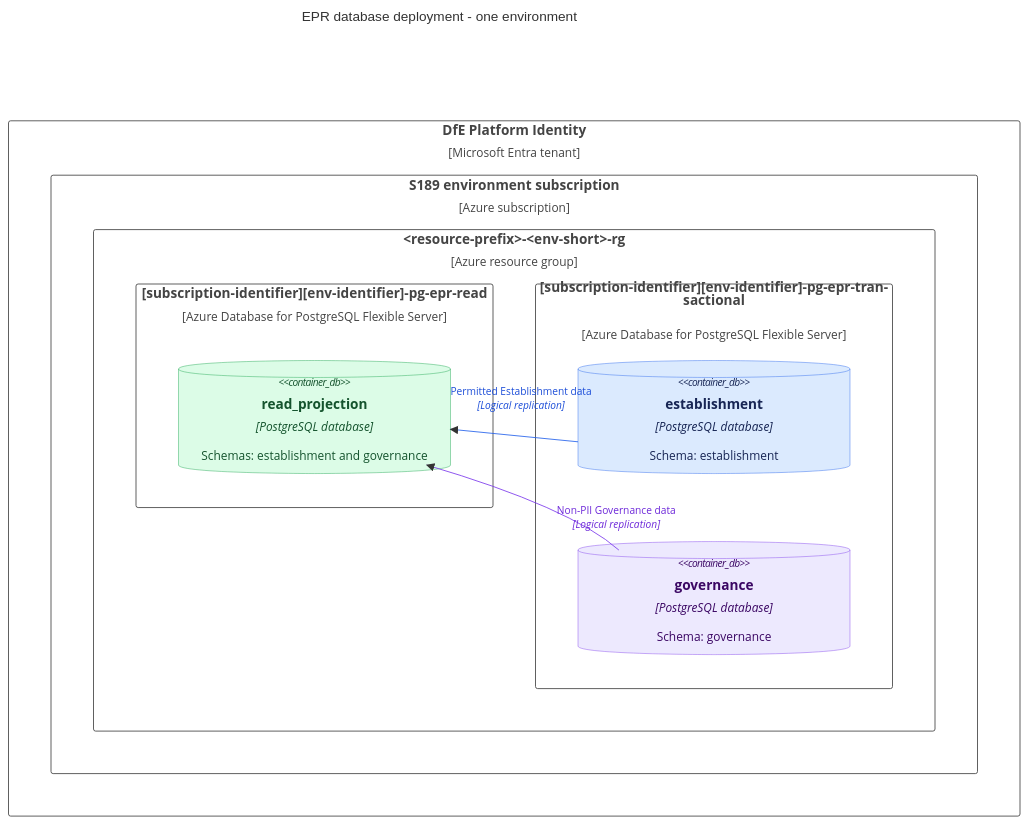
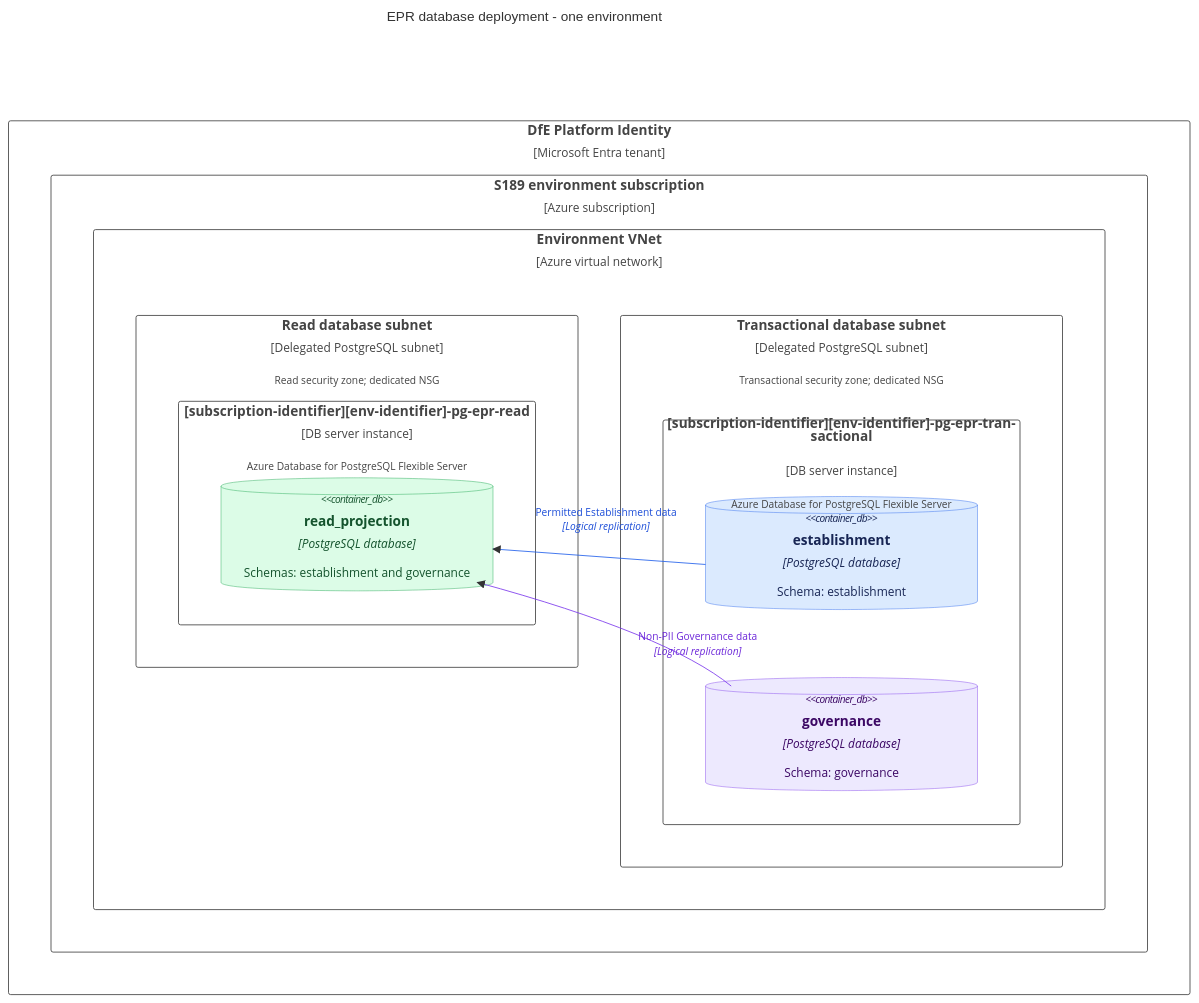
Before and after one commit to DFE-Digital/education-provider-registry-docs: the first of 2 diagrams in data/epr-data-platform-topology-and-replication.md, drawn with Mermaid. The commit also changed other lines of this file, not shown here.

Commit message:
data design

````diff
--- a/data/epr-data-platform-topology-and-replication.md
+++ b/data/epr-data-platform-topology-and-replication.md
@@ -30,29 +45,35 @@
 ```mermaid
 %%{init: {"wrap": true, "c4": {"width": 320}}}%%
 C4Deployment
 title EPR database deployment - one environment
 
 Deployment_Node(tenant, "DfE Platform Identity", "Microsoft Entra tenant") {
     Deployment_Node(subscription, "S189 environment subscription", "Azure subscription") {
-        Deployment_Node(resource_group, "<resource-prefix>-<env-short>-rg", "Azure resource group") {
-            Deployment_Node(read_server, "[subscription-identifier][env-identifier]-pg-epr-read", "Azure Database for PostgreSQL Flexible Server") {
-                ContainerDb(read_db, "read_projection", "PostgreSQL database", "Schemas: establishment and governance")
+        Deployment_Node(vnet, "Environment VNet", "Azure virtual network") {
+            Deployment_Node(read_subnet, "Read database subnet", "Delegated PostgreSQL subnet", "Read security zone; dedicated NSG") {
+                Deployment_Node(read_server, "[subscription-identifier][env-identifier]-pg-epr-read", "DB server instance", "Azure Database for PostgreSQL Flexible Server") {
+                    ContainerDb(read_db, "read_projection", "PostgreSQL database", "Schemas: establishment and governance")
+                }
             }
-            Deployment_Node(transactional, "[subscription-identifier][env-identifier]-pg-epr-transactional", "Azure Database for PostgreSQL Flexible Server") {
-                ContainerDb(establishment_db, "establishment", "PostgreSQL database", "Schema: establishment")
-                ContainerDb(governance_db, "governance", "PostgreSQL database", "Schema: governance")
+            Deployment_Node(transactional_subnet, "Transactional database subnet", "Delegated PostgreSQL subnet", "Transactional security zone; dedicated NSG") {
+                Deployment_Node(transactional, "[subscription-identifier][env-identifier]-pg-epr-transactional", "DB server instance", "Azure Database for PostgreSQL Flexible Server") {
+                    ContainerDb(establishment_db, "establishment", "PostgreSQL database", "Schema: establishment")
+                    ContainerDb(governance_db, "governance", "PostgreSQL database", "Schema: governance")
+                }
             }
         }
     }
 }
 
 Rel(establishment_db, read_db, "Permitted Establishment data", "Logical replication")
 Rel(governance_db, read_db, "Non-PII Governance data", "Logical replication")
 
+%% Relationships show data flow. The subscriber initiates the network connection to the publisher.
+
 UpdateElementStyle(establishment_db, $bgColor="#DBEAFE", $fontColor="#172554", $borderColor="#2563EB")
 UpdateElementStyle(governance_db, $bgColor="#EDE9FE", $fontColor="#3B0764", $borderColor="#7C3AED")
 UpdateElementStyle(read_db, $bgColor="#DCFCE7", $fontColor="#14532D", $borderColor="#16A34A")
 UpdateRelStyle(establishment_db, read_db, $textColor="#1D4ED8", $lineColor="#2563EB", $offsetX="-75", $offsetY="-55")
 UpdateRelStyle(governance_db, read_db, $textColor="#6D28D9", $lineColor="#7C3AED", $offsetX="40", $offsetY="0")
 UpdateLayoutConfig($c4ShapeInRow="2", $c4BoundaryInRow="2")
 ```
````
